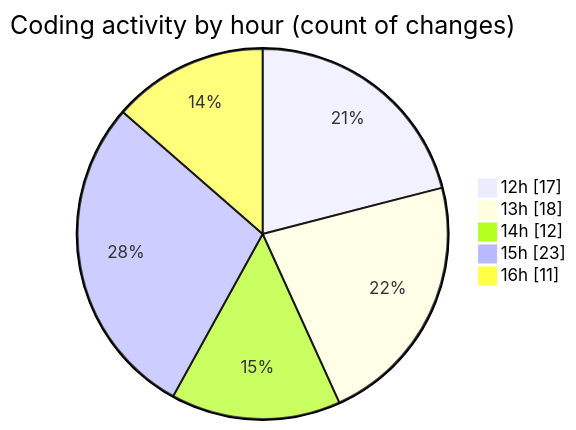
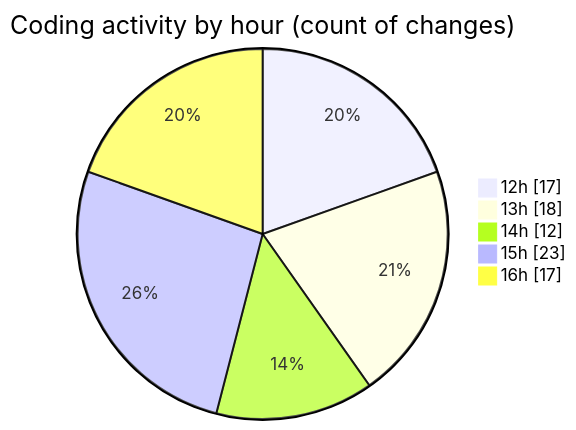
The second of 2 diagrams in 2025-06-01/video_app/README.md (CELIANVF/code-tracking), drawn with Mermaid before and after one commit. The commit also changed other lines of this file and 1 other file, not shown here.

````diff
--- a/2025-06-01/video_app/README.md
+++ b/2025-06-01/video_app/README.md
@@ -38,9 +38,9 @@
 ```mermaid
 pie showData
 title Coding activity by hour (count of changes)
 "12h" : 17
 "13h" : 18
 "14h" : 12
 "15h" : 23
-"16h" : 11
+"16h" : 17
 ```
````
